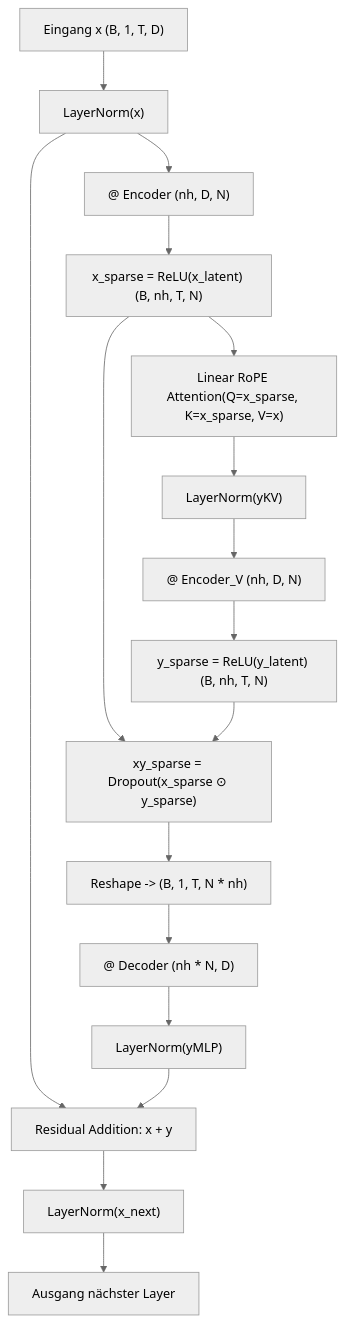
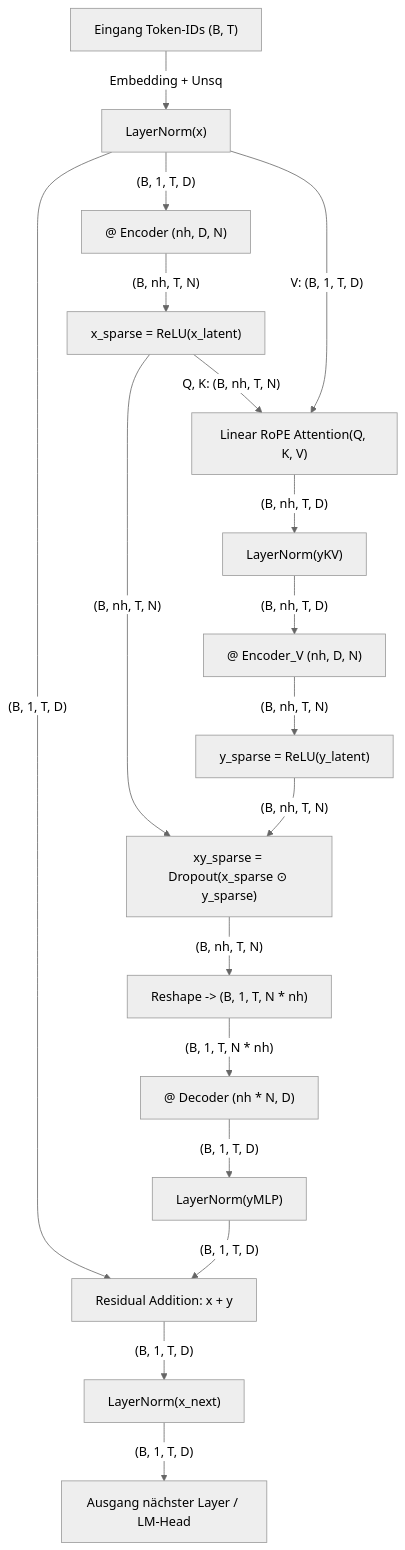
One commit to eberlful/BDH changed the diagram in docs/obsidian/BDH/Modelle/BDH - Baby Dragon Hatchling.md. Above: the diagram before and after it, drawn with Mermaid (neutral theme). The commit also changed other lines of this file and 14 other files, not shown here.

````diff
--- a/docs/obsidian/BDH/Modelle/BDH - Baby Dragon Hatchling.md
+++ b/docs/obsidian/BDH/Modelle/BDH - Baby Dragon Hatchling.md
@@ -33,23 +33,24 @@
 ```mermaid
 graph TD
-    Input["Eingang x (B, 1, T, D)"] --> LN1["LayerNorm(x)"]
-    LN1 --> Enc["@ Encoder (nh, D, N)"]
-    Enc --> ReLU1["x_sparse = ReLU(x_latent) (B, nh, T, N)"]
+    Input["Eingang Token-IDs (B, T)"] -->|Embedding + Unsq| LN1["LayerNorm(x)"]
+    LN1 -->|"(B, 1, T, D)"| Enc["@ Encoder (nh, D, N)"]
+    Enc -->|"(B, nh, T, N)"| ReLU1["x_sparse = ReLU(x_latent)"]
     
-    ReLU1 --> Attn["Linear RoPE Attention(Q=x_sparse, K=x_sparse, V=x)"]
-    Attn --> LN2["LayerNorm(yKV)"]
-    LN2 --> EncV["@ Encoder_V (nh, D, N)"]
-    EncV --> ReLU2["y_sparse = ReLU(y_latent) (B, nh, T, N)"]
+    ReLU1 -->|"Q, K: (B, nh, T, N)"| Attn["Linear RoPE Attention(Q, K, V)"]
+    LN1 -->|"V: (B, 1, T, D)"| Attn
+    Attn -->|"(B, nh, T, D)"| LN2["LayerNorm(yKV)"]
+    LN2 -->|"(B, nh, T, D)"| EncV["@ Encoder_V (nh, D, N)"]
+    EncV -->|"(B, nh, T, N)"| ReLU2["y_sparse = ReLU(y_latent)"]
     
-    ReLU1 --> Mult["xy_sparse = Dropout(x_sparse ⊙ y_sparse)"]
-    ReLU2 --> Mult
+    ReLU1 -->|"(B, nh, T, N)"| Mult["xy_sparse = Dropout(x_sparse ⊙ y_sparse)"]
+    ReLU2 -->|"(B, nh, T, N)"| Mult
     
-    Mult --> Reshape["Reshape -> (B, 1, T, N * nh)"]
-    Reshape --> Dec["@ Decoder (nh * N, D)"]
-    Dec --> LN3["LayerNorm(yMLP)"]
+    Mult -->|"(B, nh, T, N)"| Reshape["Reshape -> (B, 1, T, N * nh)"]
+    Reshape -->|"(B, 1, T, N * nh)"| Dec["@ Decoder (nh * N, D)"]
+    Dec -->|"(B, 1, T, D)"| LN3["LayerNorm(yMLP)"]
     
-    LN1 --> Add["Residual Addition: x + y"]
-    LN3 --> Add
-    Add --> LN4["LayerNorm(x_next)"]
-    LN4 --> Output["Ausgang nächster Layer"]
+    LN1 -->|"(B, 1, T, D)"| Add["Residual Addition: x + y"]
+    LN3 -->|"(B, 1, T, D)"| Add
+    Add -->|"(B, 1, T, D)"| LN4["LayerNorm(x_next)"]
+    LN4 -->|"(B, 1, T, D)"| Output["Ausgang nächster Layer / LM-Head"]
 ```
````
